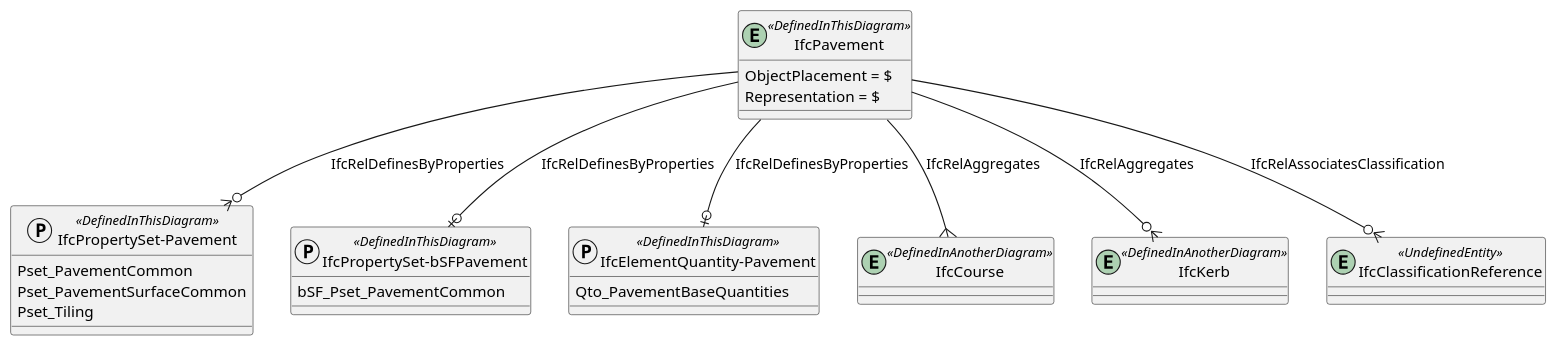
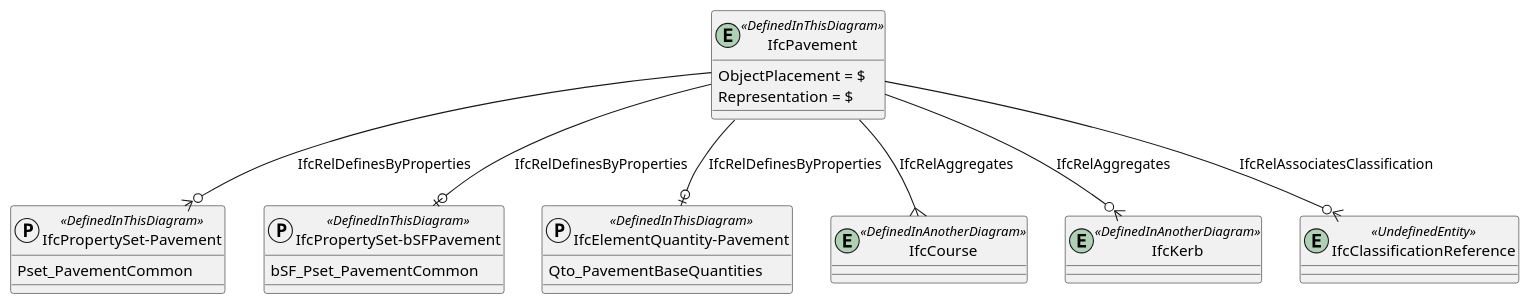
The diagram in diagrams/bsf-IfcPavement.pu (buildingSMART-Finland/RYTV-IFCRoute), drawn with PlantUML before and after one commit. The commit also changed 7 other files, not shown here.

```diff
--- a/diagrams/bsf-IfcPavement.pu
+++ b/diagrams/bsf-IfcPavement.pu
@@ -1,42 +1,41 @@
 @startuml 
 
 
 entity IfcPavement <<DefinedInThisDiagram>>
 {
   ObjectPlacement = $
   Representation = $
 }
 
 protocol "IfcPropertySet-Pavement" <<DefinedInThisDiagram>>
 {
     Pset_PavementCommon
-    Pset_PavementSurfaceCommon
-	Pset_Tiling
 }
+
 IfcPavement --o{ "IfcPropertySet-Pavement" : IfcRelDefinesByProperties
 
 protocol "IfcPropertySet-bSFPavement" <<DefinedInThisDiagram>>
 {
     bSF_Pset_PavementCommon
 }
 IfcPavement --o| "IfcPropertySet-bSFPavement" : IfcRelDefinesByProperties
 
 protocol "IfcElementQuantity-Pavement" <<DefinedInThisDiagram>>
 {
     Qto_PavementBaseQuantities
 }
 IfcPavement --o| "IfcElementQuantity-Pavement" : IfcRelDefinesByProperties
 
 entity IfcCourse <<DefinedInAnotherDiagram>>
 entity IfcKerb <<DefinedInAnotherDiagram>>
 
 entity IfcClassificationReference <<UndefinedEntity>>
 IfcPavement --o{ IfcClassificationReference : IfcRelAssociatesClassification
 
 
 IfcPavement--{IfcCourse : IfcRelAggregates
 IfcPavement--o{IfcKerb : IfcRelAggregates
 
 
 
 @enduml
```
